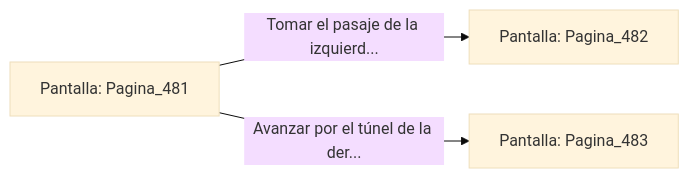
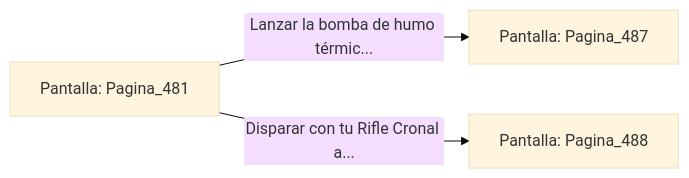
Before and after one commit to metsuke/mpl: the diagram in sample/eligejuego-vault/Pantalla_Pagina_481.md, drawn with Mermaid (base theme). The commit also changed other lines of this file and 635 other files, not shown here.

First line of the commit message:
fix: añadir Pagina_1 como pantalla inicial en capitulo_01.mpl

````diff
--- a/sample/eligejuego-vault/Pantalla_Pagina_481.md
+++ b/sample/eligejuego-vault/Pantalla_Pagina_481.md
@@ -20,6 +24,6 @@
 ```mermaid
 graph LR
     P_Pagina_481["Pantalla: Pagina_481"]
-    P_Pagina_481 -->|"Tomar el pasaje de la izquierd..."| P_Pagina_482["Pantalla: Pagina_482"]
-    P_Pagina_481 -->|"Avanzar por el túnel de la der..."| P_Pagina_483["Pantalla: Pagina_483"]
+    P_Pagina_481 -->|"Lanzar la bomba de humo térmic..."| P_Pagina_487["Pantalla: Pagina_487"]
+    P_Pagina_481 -->|"Disparar con tu Rifle Cronal a..."| P_Pagina_488["Pantalla: Pagina_488"]
 ```
````
